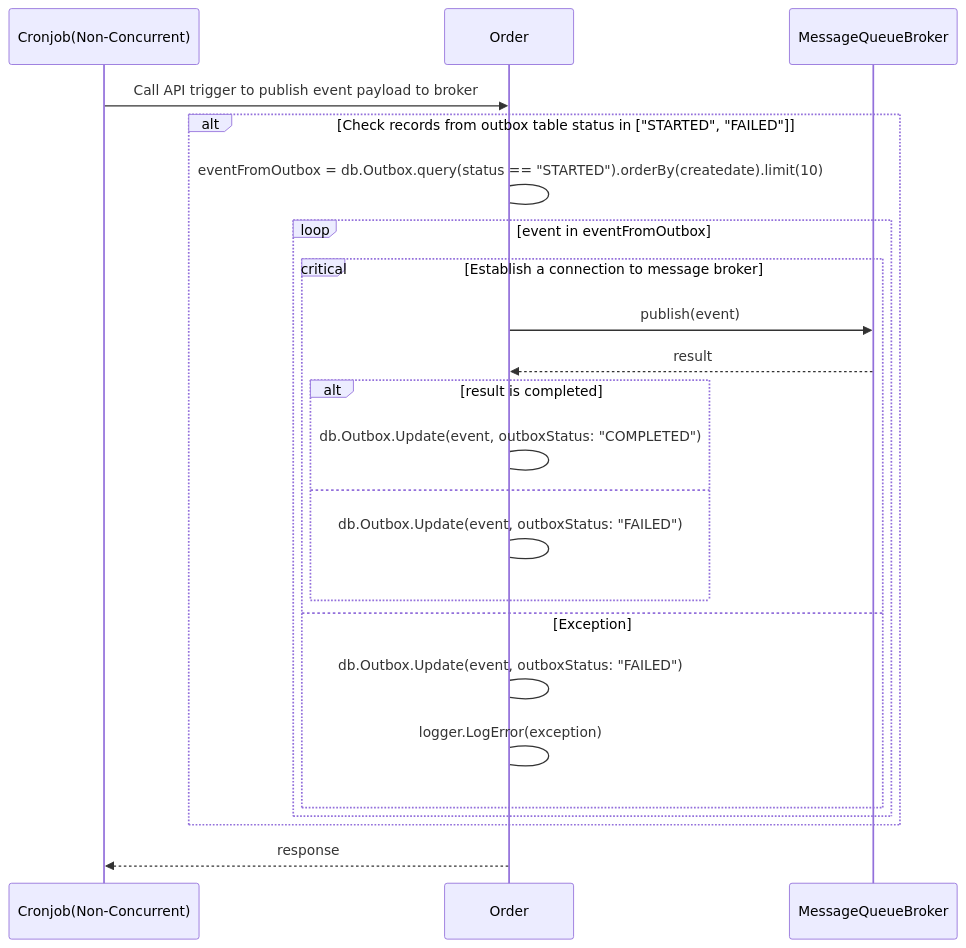
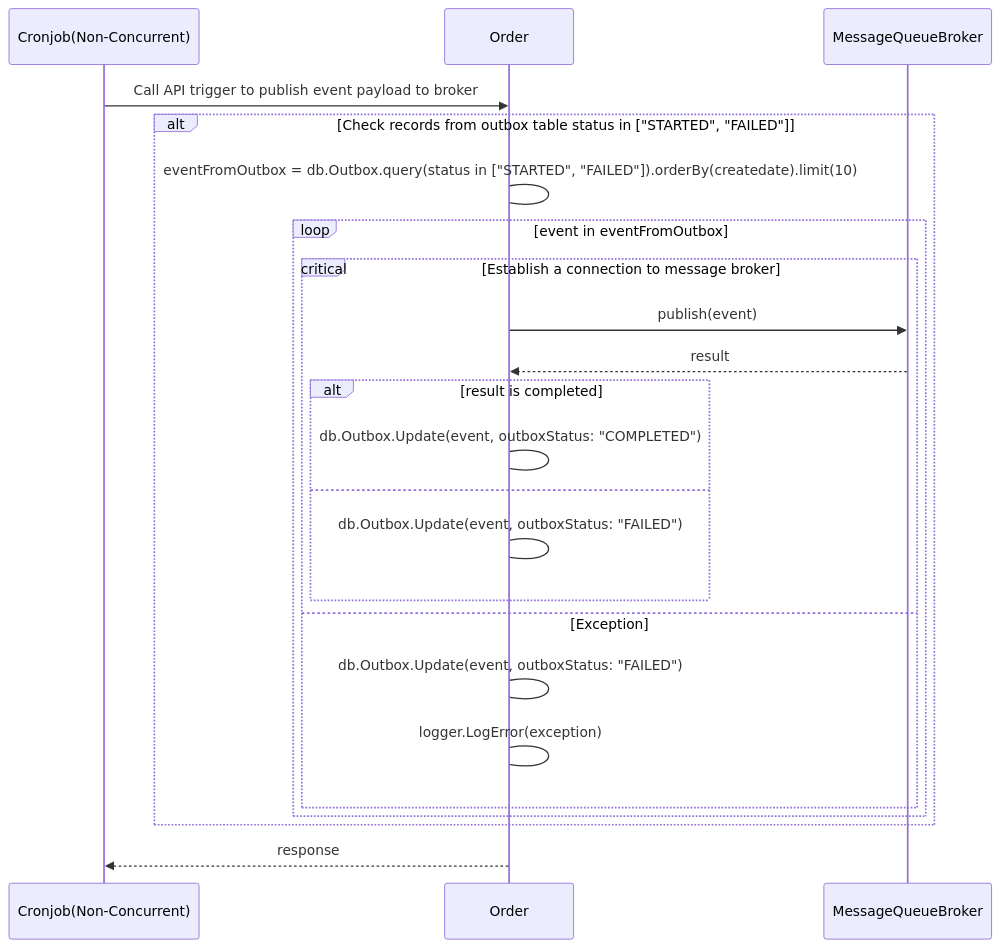
The diagram in SPC/Order/OrderStatus/step-2-sequence-publish-process.md (rosered11/org_document), drawn with Mermaid before and after one commit. The commit also changed 2 other files, not shown here.

````diff
--- a/SPC/Order/OrderStatus/step-2-sequence-publish-process.md
+++ b/SPC/Order/OrderStatus/step-2-sequence-publish-process.md
@@ -1,25 +1,25 @@
 ```mermaid
 sequenceDiagram
     participant Cronjob(Non-Concurrent)
     participant Order
     participant MessageQueueBroker
     Cronjob(Non-Concurrent)->>Order: Call API trigger to publish event payload to broker
     alt Check records from outbox table status in ["STARTED", "FAILED"]
-        Order->Order: eventFromOutbox = db.Outbox.query(status == "STARTED").orderBy(createdate).limit(10)
+        Order->Order: eventFromOutbox = db.Outbox.query(status in ["STARTED", "FAILED"]).orderBy(createdate).limit(10)
         loop event in eventFromOutbox
             critical Establish a connection to message broker
                 Order->>MessageQueueBroker: publish(event)
                 MessageQueueBroker-->>Order: result
                 alt result is completed
                     Order->Order: db.Outbox.Update(event, outboxStatus: "COMPLETED")
                 else
                     Order->Order: db.Outbox.Update(event, outboxStatus: "FAILED")
                 end
             option Exception
                 Order->Order: db.Outbox.Update(event, outboxStatus: "FAILED")
                 Order->Order: logger.LogError(exception)
             end
         end
     end
     Order-->>Cronjob(Non-Concurrent): response
 ```
````
